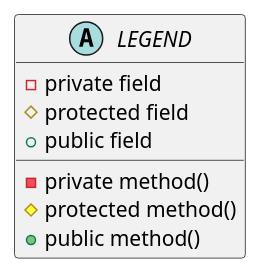
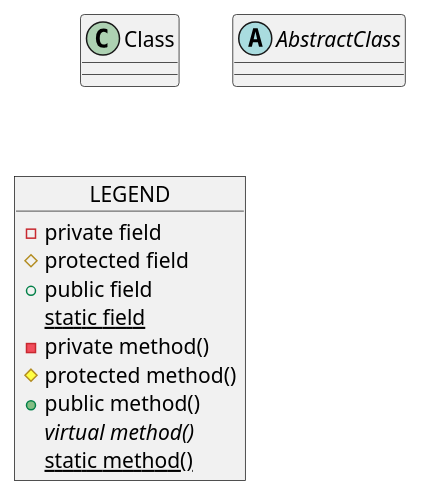
The first of 3 diagrams in uml.md (felix990302/vm), drawn with PlantUML before and after one commit. The commit also changed other lines of this file and 2 other files, not shown here.

Commit message:
updated UML

````diff
--- a/uml.md
+++ b/uml.md
@@ -13,12 +13,20 @@
 ```plantuml
-abstract class LEGEND {
+
+class Class
+
+abstract class AbstractClass
+
+object LEGEND {
     -private field
     #protected field
     +public field
+    {static} static field
 
     -private method() 
     #protected method()
     +public method()
+    {abstract} virtual method()
+    {static} static method()
 }
 
 ```
````
